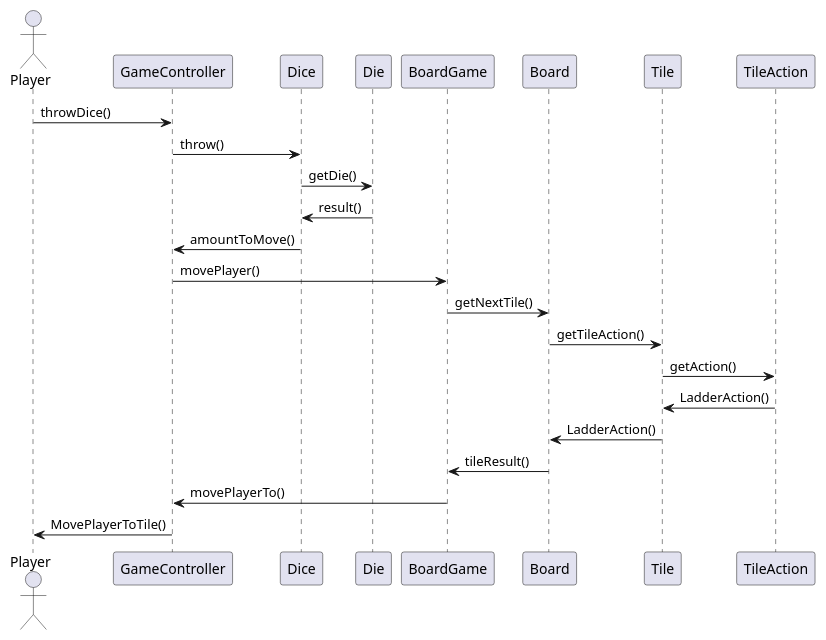
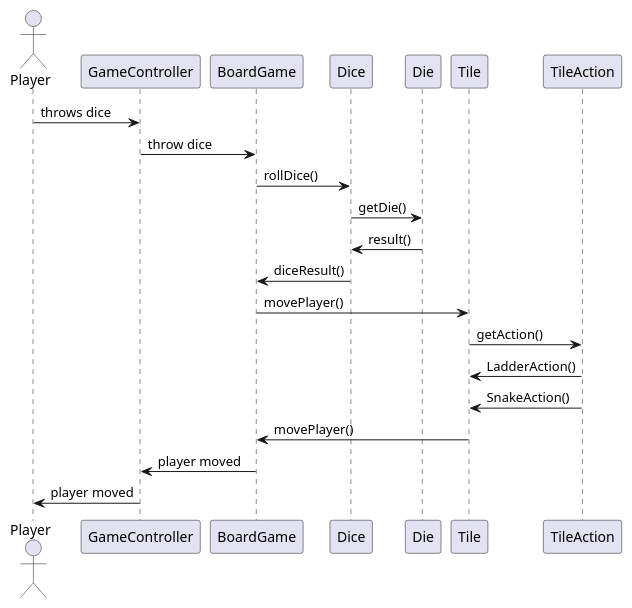
The diagram in playerPlaySequence.puml (SindreJB/IDATT2003-group8), drawn with PlantUML before and after one commit. The commit also changed 9 other files, not shown here.

```diff
--- a/playerPlaySequence.puml
+++ b/playerPlaySequence.puml
@@ -1,26 +1,24 @@
 @startuml Sequence Diagram
 actor Player
 participant GameController
+participant BoardGame
 participant Dice
 participant Die
-participant BoardGame
-participant Board
 participant Tile
 participant TileAction
 
 
-Player -> GameController: throwDice()
-GameController -> Dice: throw()
+Player -> GameController: throws dice
+GameController -> BoardGame: throw dice
+BoardGame -> Dice: rollDice()
 Dice -> Die: getDie()
 Dice <- Die: result()
-GameController <- Dice: amountToMove()
-GameController -> BoardGame: movePlayer()
-BoardGame -> Board: getNextTile()
-Board -> Tile: getTileAction()
+BoardGame <- Dice: diceResult()
+BoardGame -> Tile: movePlayer()
 Tile -> TileAction: getAction()
 Tile <- TileAction: LadderAction()
-Board <- Tile: LadderAction()
-BoardGame <- Board: tileResult()
-GameController <- BoardGame: movePlayerTo()
-Player <- GameController: MovePlayerToTile()
+Tile <- TileAction: SnakeAction()
+BoardGame <- Tile: movePlayer()
+GameController <- BoardGame: player moved
+Player <- GameController: player moved
 @enduml
```
